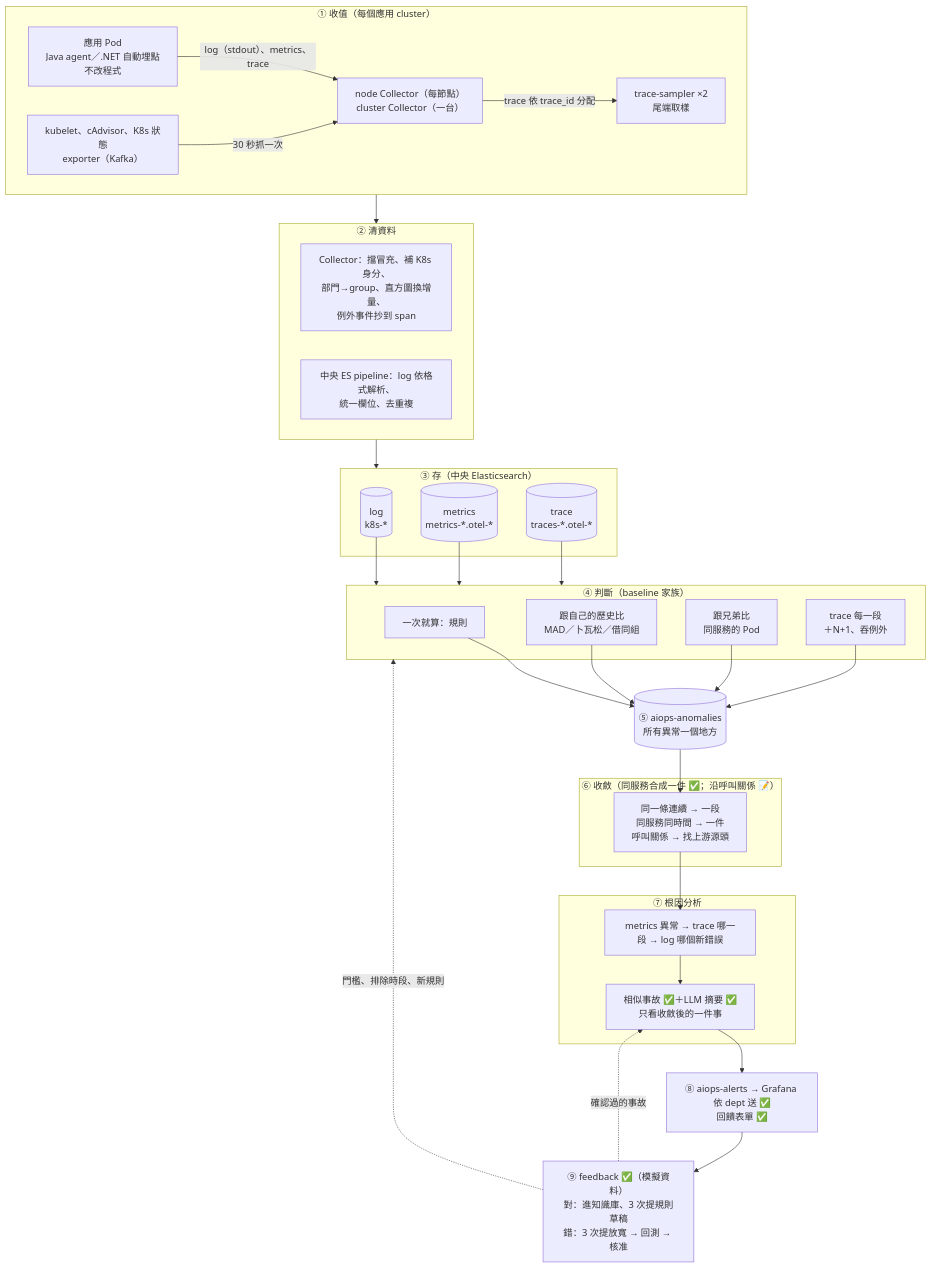
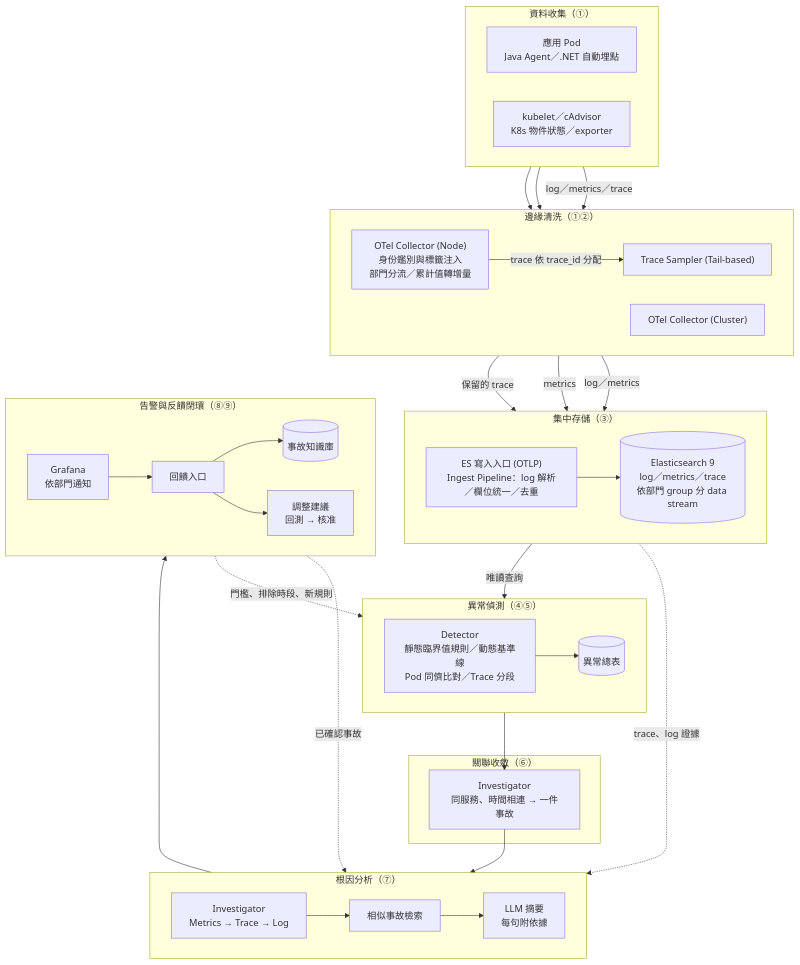
The diagram in docs/architecture.md (i-shuan/aiops-data-foundation), drawn with Mermaid before and after one commit. The commit also changed other lines of this file and 33 other files, not shown here.

First line of the commit message:
Rewrite architecture.md as an architecture specification, unify terminology

````diff
--- a/docs/architecture.md
+++ b/docs/architecture.md
@@ -11,51 +26,57 @@
 ```mermaid
 flowchart TB
-  subgraph S1["① 收值（每個應用 cluster）"]
-    APP["應用 Pod<br/>Java agent／.NET 自動埋點<br/>不改程式"]
-    K8S["kubelet、cAdvisor、K8s 狀態<br/>exporter（Kafka）"]
-    COL["node Collector（每節點）<br/>cluster Collector（一台）"]
-    TS["trace-sampler ×2<br/>尾端取樣"]
-    APP -- "log（stdout）、metrics、trace" --> COL
-    K8S -- "30 秒抓一次" --> COL
-    COL -- "trace 依 trace_id 分配" --> TS
+  subgraph S1["資料收集（①）"]
+    direction LR
+    APP["應用 Pod<br/>Java Agent／.NET 自動埋點"]
+    INF["kubelet／cAdvisor<br/>K8s 物件狀態／exporter"]
+  end
+  subgraph S2["邊緣清洗（①②）"]
+    direction LR
+    NODE["OTel Collector (Node)<br/>身份鑑別與標籤注入<br/>部門分流／累計值轉增量"]
+    CLU["OTel Collector (Cluster)"]
+    TS["Trace Sampler (Tail-based)"]
+  end
+  subgraph S3["集中存儲（③）"]
+    direction LR
+    PIPE["ES 寫入入口 (OTLP)<br/>Ingest Pipeline：log 解析／欄位統一／去重"]
+    ES[("Elasticsearch 9<br/>log／metrics／trace<br/>依部門 group 分 data stream")]
+  end
+  subgraph S4["異常偵測（④⑤）"]
+    direction LR
+    DET["Detector<br/>靜態臨界值規則／動態基準線<br/>Pod 同儕比對／Trace 分段"]
+    AN[("異常總表")]
+  end
+  subgraph S5["關聯收斂（⑥）"]
+    CORR["Investigator<br/>同服務、時間相連 → 一件事故"]
+  end
+  subgraph S6["根因分析（⑦）"]
+    direction LR
+    RCA["Investigator<br/>Metrics → Trace → Log"]
+    SIM["相似事故檢索"]
+    LLM["LLM 摘要<br/>每句附依據"]
+  end
+  subgraph S7["告警與反饋閉環（⑧⑨）"]
+    direction LR
+    GF["Grafana<br/>依部門通知"]
+    FB["回饋入口"]
+    KB[("事故知識庫")]
+    TUNE["調整建議<br/>回測 → 核准"]
   end
 
-  subgraph S2["② 清資料"]
-    C1["Collector：擋冒充、補 K8s 身分、<br/>部門→group、直方圖換增量、<br/>例外事件抄到 span"]
-    C2["中央 ES pipeline：log 依格式解析、<br/>統一欄位、去重複"]
-  end
-
-  subgraph S3["③ 存（中央 Elasticsearch）"]
-    LOG[("log<br/>k8s-*")]
-    MET[("metrics<br/>metrics-*.otel-*")]
-    TRA[("trace<br/>traces-*.otel-*")]
-  end
-
-  subgraph S4["④ 判斷（baseline 家族）"]
-    R["一次就算：規則"]
-    H["跟自己的歷史比<br/>MAD／卜瓦松／借同組"]
-    P["跟兄弟比<br/>同服務的 Pod"]
-    T["trace 每一段<br/>＋N+1、吞例外"]
-  end
-
-  AN[("⑤ aiops-anomalies<br/>所有異常一個地方")]
-
-  subgraph S6["⑥ 收斂（同服務合成一件 ✅；沿呼叫關係 📝）"]
-    CV["同一條連續 → 一段<br/>同服務同時間 → 一件<br/>呼叫關係 → 找上游源頭"]
-  end
-
-  subgraph S7["⑦ 根因分析"]
-    RCA["metrics 異常 → trace 哪一段 → log 哪個新錯誤"]
-    LLM["相似事故 ✅＋LLM 摘要 ✅<br/>只看收斂後的一件事"]
-  end
-
-  OUT["⑧ aiops-alerts → Grafana 依 dept 送 ✅<br/>回饋表單 ✅"]
-  FB["⑨ feedback ✅（模擬資料）<br/>對：進知識庫、3 次提規則草稿<br/>錯：3 次提放寬 → 回測 → 核准"]
-
-  S1 --> S2 --> S3
-  LOG & MET & TRA --> S4
-  R & H & P & T --> AN
-  AN --> CV --> RCA --> LLM --> OUT --> FB
-  FB -. "門檻、排除時段、新規則" .-> S4
-  FB -. "確認過的事故" .-> LLM
+  APP -- "log／metrics／trace" --> NODE
+  INF --> NODE
+  INF --> CLU
+  NODE -- "trace 依 trace_id 分配" --> TS
+  NODE -- "log／metrics" --> PIPE
+  CLU -- "metrics" --> PIPE
+  TS -- "保留的 trace" --> PIPE
+  PIPE --> ES
+  ES -- "唯讀查詢" --> DET
+  DET --> AN --> CORR --> RCA
+  ES -. "trace、log 證據" .-> RCA
+  RCA --> SIM --> LLM --> GF --> FB
+  FB --> KB
+  FB --> TUNE
+  KB -. "已確認事故" .-> SIM
+  TUNE -. "門檻、排除時段、新規則" .-> DET
 ```
````
